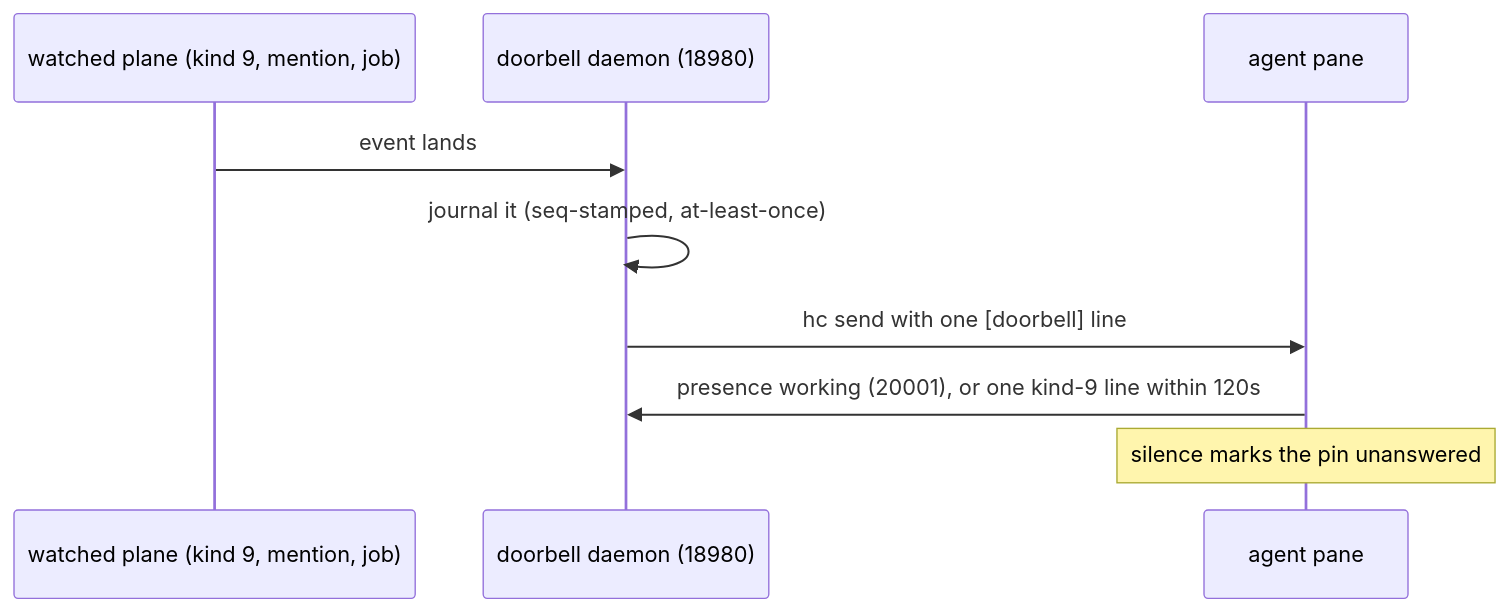
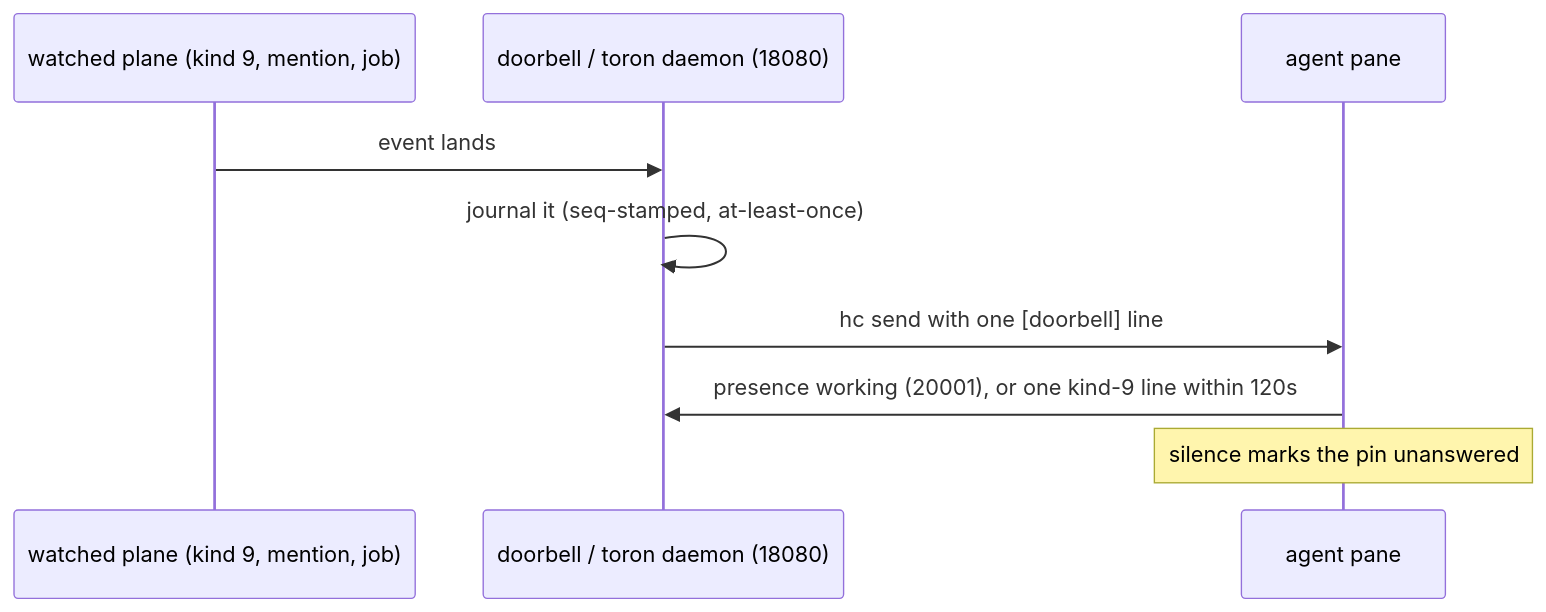
One commit to bangedorrunt/flywheel changed the diagram in docs/guides/doorbell.mdx. Above: the diagram before and after it, drawn with Mermaid. The commit also changed other lines of this file and 7 other files, not shown here.

````diff
--- a/docs/guides/doorbell.mdx
+++ b/docs/guides/doorbell.mdx
@@ -8,11 +8,11 @@
 ```mermaid
 sequenceDiagram
     participant W as watched plane (kind 9, mention, job)
-    participant DB as doorbell daemon (18980)
+    participant DB as doorbell / toron daemon (18080)
     participant A as agent pane
     W->>DB: event lands
     DB->>DB: journal it (seq-stamped, at-least-once)
     DB->>A: hc send with one [doorbell] line
     A->>DB: presence working (20001), or one kind-9 line within 120s
     Note over A: silence marks the pin unanswered
 ```
````
